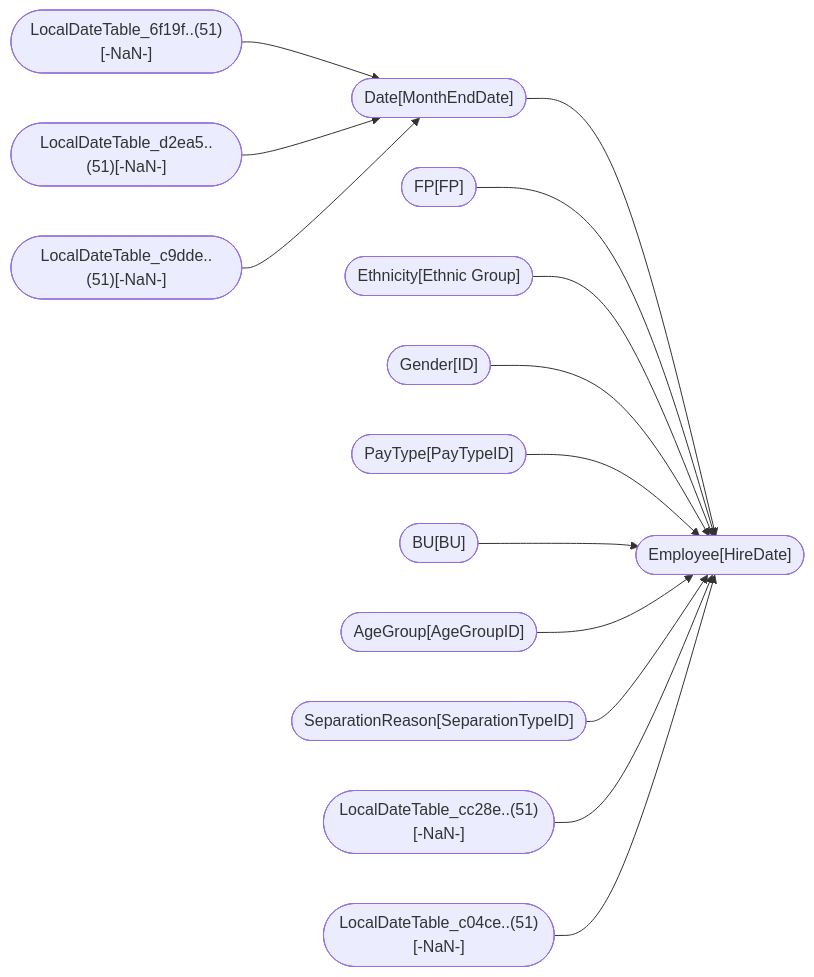
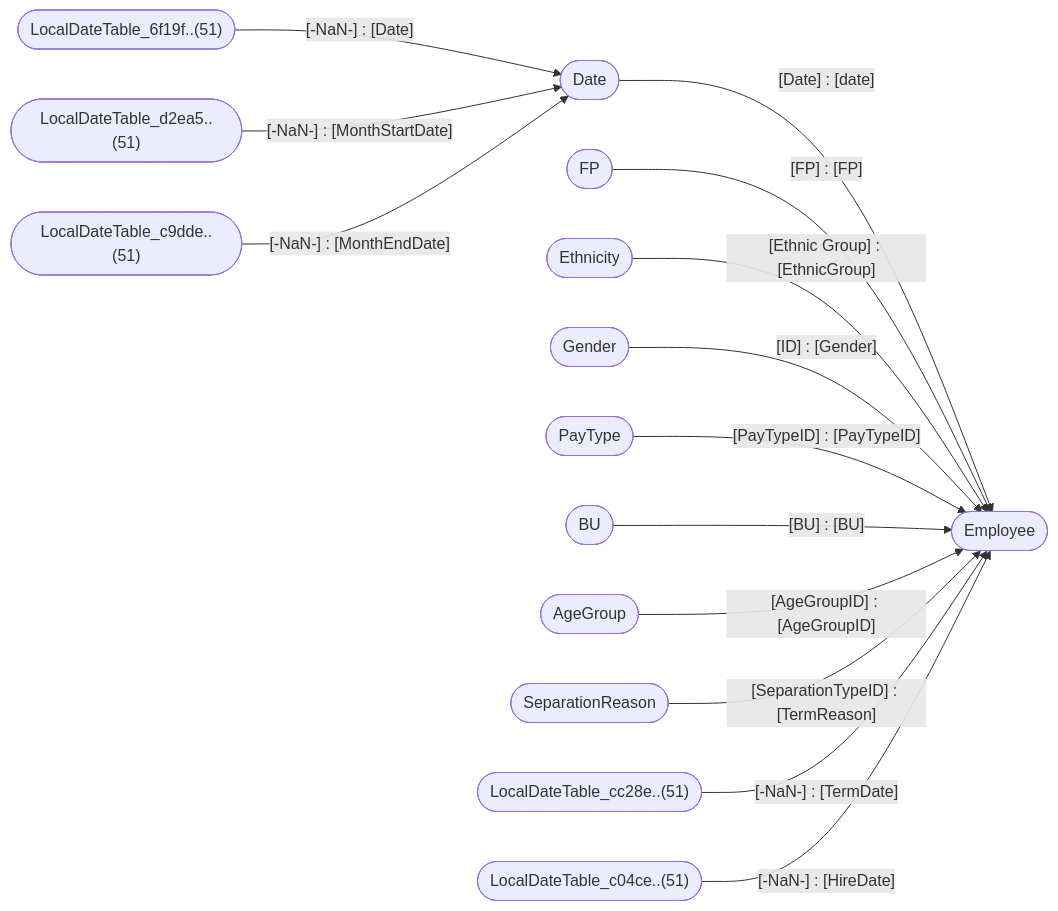
One commit to ZdenekMerka/pbix_doc changed the diagram in tests/output/Human Resources Sample PBIX.pbix.md. Above: the diagram before and after it, drawn with Mermaid. The commit also changed other lines of this file and 8 other files, not shown here.

Commit message:
change graph edges descriptions #14

````diff
--- a/tests/output/Human Resources Sample PBIX.pbix.md
+++ b/tests/output/Human Resources Sample PBIX.pbix.md
@@ -29,17 +29,17 @@
 ```mermaid
 graph LR;
 
-id22(["Date[Date]"]) --> id25(["Employee[date]"])
-id13(["FP[FP]"]) --> id25(["Employee[FP]"])
-id28(["Ethnicity[Ethnic Group]"]) --> id25(["Employee[EthnicGroup]"])
-id31(["Gender[ID]"]) --> id25(["Employee[Gender]"])
-id16(["PayType[PayTypeID]"]) --> id25(["Employee[PayTypeID]"])
-id10(["BU[BU]"]) --> id25(["Employee[BU]"])
-id34(["AgeGroup[AgeGroupID]"]) --> id25(["Employee[AgeGroupID]"])
-id19(["SeparationReason[SeparationTypeID]"]) --> id25(["Employee[TermReason]"])
-id2041(["LocalDateTable_6f19f..(51)[-NaN-]"]) --> id22(["Date[Date]"])
-id2044(["LocalDateTable_d2ea5..(51)[-NaN-]"]) --> id22(["Date[MonthStartDate]"])
-id2047(["LocalDateTable_c9dde..(51)[-NaN-]"]) --> id22(["Date[MonthEndDate]"])
-id2050(["LocalDateTable_cc28e..(51)[-NaN-]"]) --> id25(["Employee[TermDate]"])
-id2053(["LocalDateTable_c04ce..(51)[-NaN-]"]) --> id25(["Employee[HireDate]"])
+id22(["Date"]) --[Date] : [date]--> id25(["Employee"])
+id13(["FP"]) --[FP] : [FP]--> id25(["Employee"])
+id28(["Ethnicity"]) --[Ethnic Group] : [EthnicGroup]--> id25(["Employee"])
+id31(["Gender"]) --[ID] : [Gender]--> id25(["Employee"])
+id16(["PayType"]) --[PayTypeID] : [PayTypeID]--> id25(["Employee"])
+id10(["BU"]) --[BU] : [BU]--> id25(["Employee"])
+id34(["AgeGroup"]) --[AgeGroupID] : [AgeGroupID]--> id25(["Employee"])
+id19(["SeparationReason"]) --[SeparationTypeID] : [TermReason]--> id25(["Employee"])
+id2041(["LocalDateTable_6f19f..(51)"]) --[-NaN-] : [Date]--> id22(["Date"])
+id2044(["LocalDateTable_d2ea5..(51)"]) --[-NaN-] : [MonthStartDate]--> id22(["Date"])
+id2047(["LocalDateTable_c9dde..(51)"]) --[-NaN-] : [MonthEndDate]--> id22(["Date"])
+id2050(["LocalDateTable_cc28e..(51)"]) --[-NaN-] : [TermDate]--> id25(["Employee"])
+id2053(["LocalDateTable_c04ce..(51)"]) --[-NaN-] : [HireDate]--> id25(["Employee"])
 ```
````
